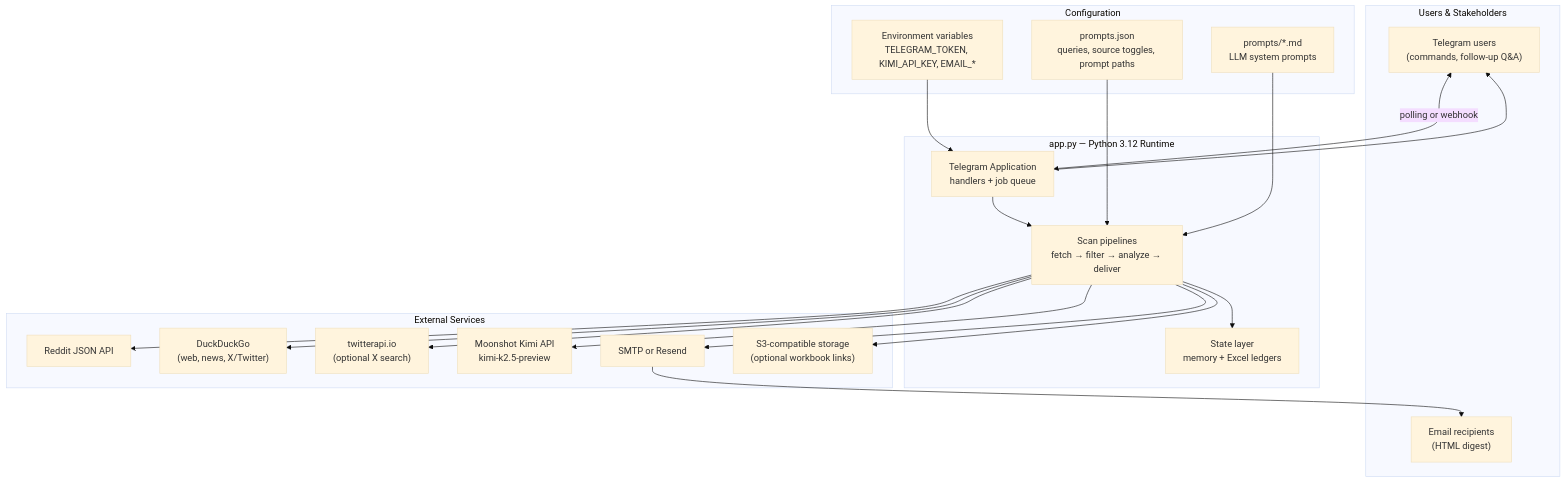
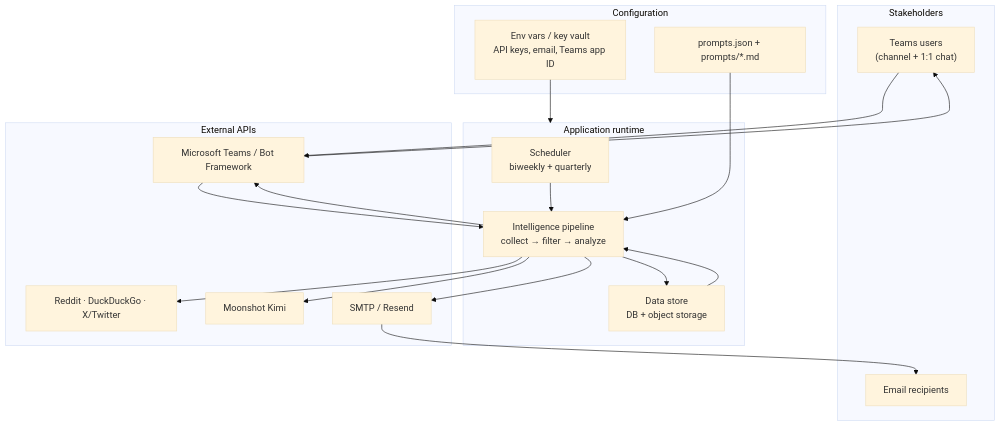
The first of 4 diagrams in ARCHITECTURE_FLOW.md (craigdeng-cpu/interac-sentiment-bot), drawn with Mermaid (base theme) before and after one commit. The commit also changed other lines of this file, not shown here.

First line of the commit message:
Refocus architecture doc on target state with clearer workflows.

````diff
--- a/ARCHITECTURE_FLOW.md
+++ b/ARCHITECTURE_FLOW.md
@@ -11,44 +36,39 @@
 ```mermaid
 flowchart TB
-    subgraph Users["Users & Stakeholders"]
-        TG_USER["Telegram users<br/>(commands, follow-up Q&A)"]
-        EMAIL_RCPT["Email recipients<br/>(HTML digest)"]
+    subgraph People["Stakeholders"]
+        EMAIL_USER["Email recipients"]
+        TEAMS_USER["Teams users<br/>(channel + 1:1 chat)"]
     end
 
-    subgraph Runtime["app.py — Python 3.12 Runtime"]
-        BOT["Telegram Application<br/>handlers + job queue"]
-        PIPE["Scan pipelines<br/>fetch → filter → analyze → deliver"]
-        STATE["State layer<br/>memory + Excel ledgers"]
+    subgraph App["Application runtime"]
+        SCHED["Scheduler<br/>biweekly + quarterly"]
+        PIPE["Intelligence pipeline<br/>collect → filter → analyze"]
+        STORE["Data store<br/>DB + object storage"]
     end
 
     subgraph Config["Configuration"]
-        ENV["Environment variables<br/>TELEGRAM_TOKEN, KIMI_API_KEY, EMAIL_*"]
-        PROMPTS_JSON["prompts.json<br/>queries, source toggles, prompt paths"]
-        PROMPT_MD["prompts/*.md<br/>LLM system prompts"]
+        PROMPTS["prompts.json + prompts/*.md"]
+        SECRETS["Env vars / key vault<br/>API keys, email, Teams app ID"]
     end
 
-    subgraph External["External Services"]
-        REDDIT["Reddit JSON API"]
-        DDG["DuckDuckGo<br/>(web, news, X/Twitter)"]
-        TWITTER["twitterapi.io<br/>(optional X search)"]
-        KIMI["Moonshot Kimi API<br/>kimi-k2.5-preview"]
-        EMAIL["SMTP or Resend"]
-        S3["S3-compatible storage<br/>(optional workbook links)"]
+    subgraph External["External APIs"]
+        WEB["Reddit · DuckDuckGo · X/Twitter"]
+        KIMI["Moonshot Kimi"]
+        MAIL["SMTP / Resend"]
+        TEAMS_API["Microsoft Teams / Bot Framework"]
     end
 
-    TG_USER <-->|polling or webhook| BOT
-    BOT --> PIPE
-    PIPE --> STATE
-    ENV --> BOT
-    PROMPTS_JSON --> PIPE
-    PROMPT_MD --> PIPE
-
-    PIPE --> REDDIT
-    PIPE --> DDG
-    PIPE --> TWITTER
+    SCHED --> PIPE
+    PIPE --> WEB
     PIPE --> KIMI
-    PIPE --> EMAIL
-    PIPE --> S3
-    EMAIL --> EMAIL_RCPT
-    BOT --> TG_USER
+    PIPE --> STORE
+    PIPE --> MAIL
+    PIPE --> TEAMS_API
+    PROMPTS --> PIPE
+    SECRETS --> App
+  STORE --> PIPE
+    MAIL --> EMAIL_USER
+    TEAMS_API --> TEAMS_USER
+    TEAMS_USER --> TEAMS_API
+    TEAMS_API --> PIPE
 ```
````
